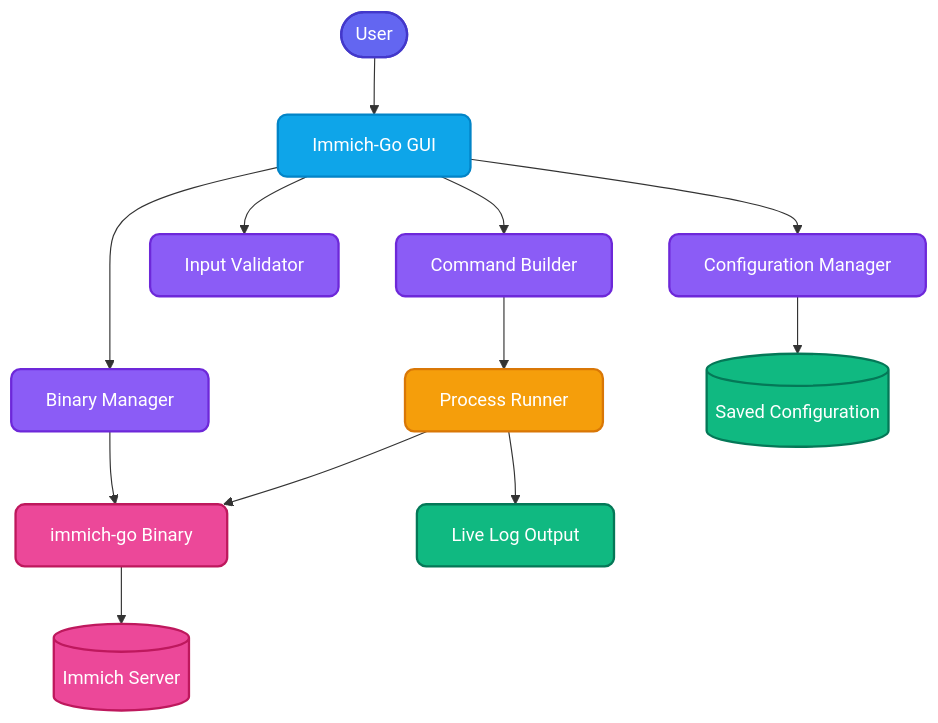
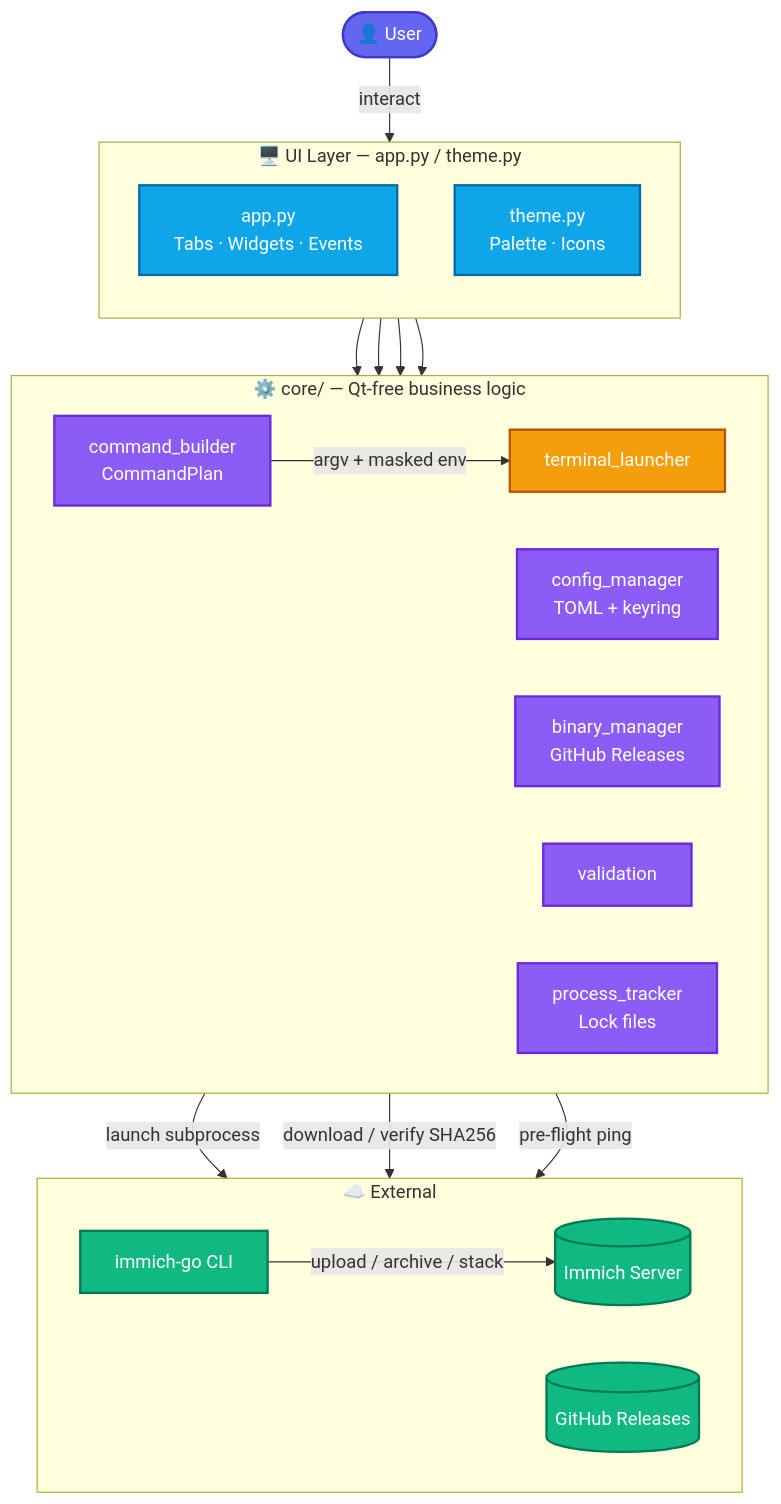
One commit to shitan198u/immich-go-gui changed the first of 3 diagrams in docs/developer-guide/architecture.md. Above: the diagram before and after it, drawn with Mermaid. The commit also changed 4 other files, not shown here.

Commit message:
docs: refine Mermaid diagrams with subgraphs and emoji; simplify README flowchart; surface releases page as primary download CTA

````diff
--- a/docs/developer-guide/architecture.md
+++ b/docs/developer-guide/architecture.md
@@ -7,33 +7,45 @@
 ```mermaid
 flowchart TB
-    classDef user fill:#6366f1,stroke:#4338ca,color:#ffffff,stroke-width:2px,rx:10px;
-    classDef gui fill:#0ea5e9,stroke:#0284c7,color:#ffffff,stroke-width:2px,rx:8px;
-    classDef core fill:#8b5cf6,stroke:#6d28d9,color:#ffffff,stroke-width:2px,rx:8px;
-    classDef process fill:#f59e0b,stroke:#d97706,color:#ffffff,stroke-width:2px,rx:8px;
-    classDef external fill:#ec4899,stroke:#be185d,color:#ffffff,stroke-width:2px,rx:8px;
-    classDef storage fill:#10b981,stroke:#047857,color:#ffffff,stroke-width:2px,rx:8px;
+    classDef userStyle fill:#6366f1,stroke:#4338ca,color:#fff,stroke-width:2px
+    classDef uiStyle fill:#0ea5e9,stroke:#0369a1,color:#fff,stroke-width:2px
+    classDef coreStyle fill:#8b5cf6,stroke:#6d28d9,color:#fff,stroke-width:2px
+    classDef runStyle fill:#f59e0b,stroke:#b45309,color:#fff,stroke-width:2px
+    classDef extStyle fill:#10b981,stroke:#047857,color:#fff,stroke-width:2px
+    classDef storStyle fill:#ec4899,stroke:#be185d,color:#fff,stroke-width:2px
 
-    User([User]):::user
-    GUI[Immich-Go GUI]:::gui
-    Config[Configuration Manager]:::core
-    Validator[Input Validator]:::core
-    Builder[Command Builder]:::core
-    Downloader[Binary Manager]:::core
-    Process[Process Runner]:::process
-    Binary[immich-go Binary]:::external
-    Server[(Immich Server)]:::external
-    Log[Live Log Output]:::storage
-    Settings[(Saved Configuration)]:::storage
+    User([👤 User]):::userStyle
 
-    User --> GUI
-    GUI --> Config
-    GUI --> Validator
-    GUI --> Builder
-    GUI --> Downloader
-    Builder --> Process
-    Downloader --> Binary
-    Process --> Binary
-    Binary --> Server
-    Process --> Log
-    Config --> Settings
+    subgraph UI["🖥️  UI Layer — app.py / theme.py"]
+        direction TB
+        AppPy[app.py\nTabs · Widgets · Events]:::uiStyle
+        ThemePy[theme.py\nPalette · Icons]:::uiStyle
+    end
+
+    subgraph Core["⚙️  core/ — Qt-free business logic"]
+        direction LR
+        Builder[command_builder\nCommandPlan]:::coreStyle
+        Config[config_manager\nTOML + keyring]:::coreStyle
+        BinMgr[binary_manager\nGitHub Releases]:::coreStyle
+        Validator[validation]:::coreStyle
+        Tracker[process_tracker\nLock files]:::coreStyle
+        Terminal[terminal_launcher]:::runStyle
+    end
+
+    subgraph Ext["☁️  External"]
+        direction LR
+        ImmichGo[immich-go CLI]:::extStyle
+        ImmichAPI[(Immich Server)]:::extStyle
+        GitHub[(GitHub Releases)]:::extStyle
+    end
+
+    User -->|interact| UI
+    AppPy --> Builder
+    AppPy --> Config
+    AppPy --> BinMgr
+    AppPy --> Tracker
+    Builder -->|argv + masked env| Terminal
+    Terminal -->|launch subprocess| ImmichGo
+    BinMgr -->|download / verify SHA256| GitHub
+    Config -->|pre-flight ping| ImmichAPI
+    ImmichGo -->|upload / archive / stack| ImmichAPI
 ```
````
